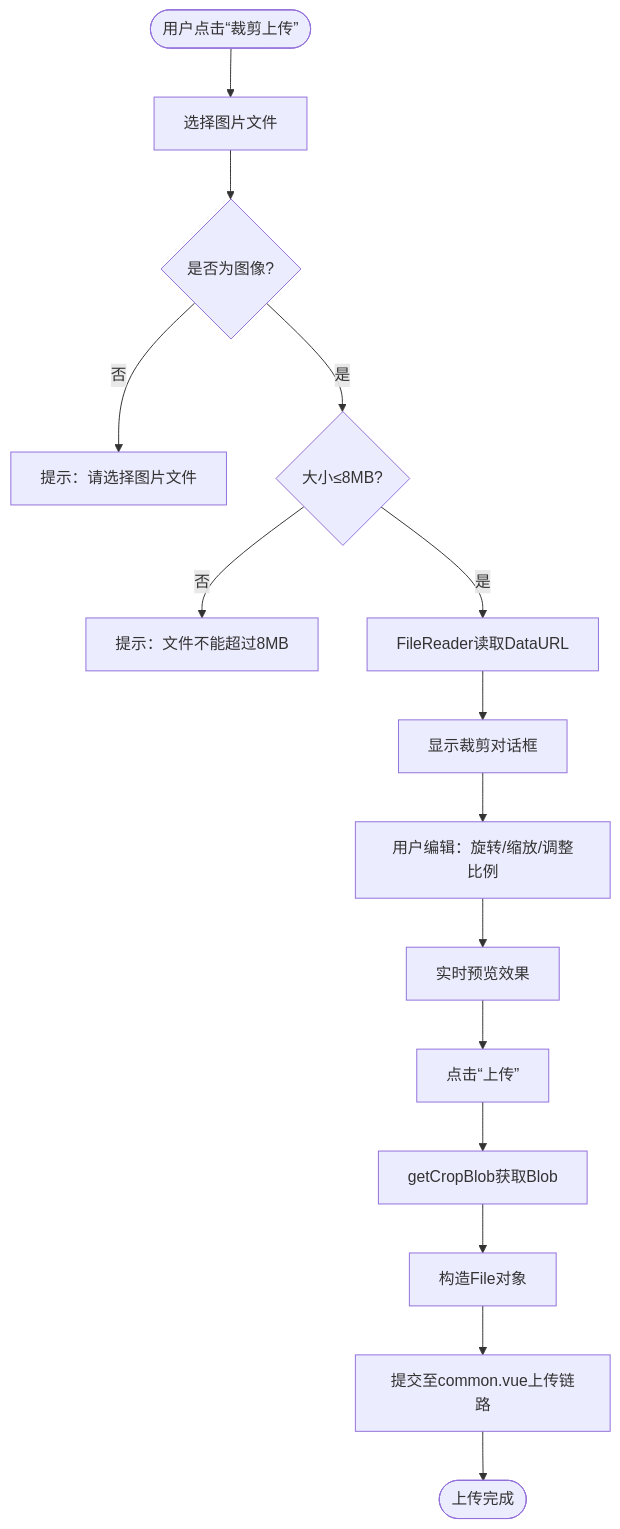
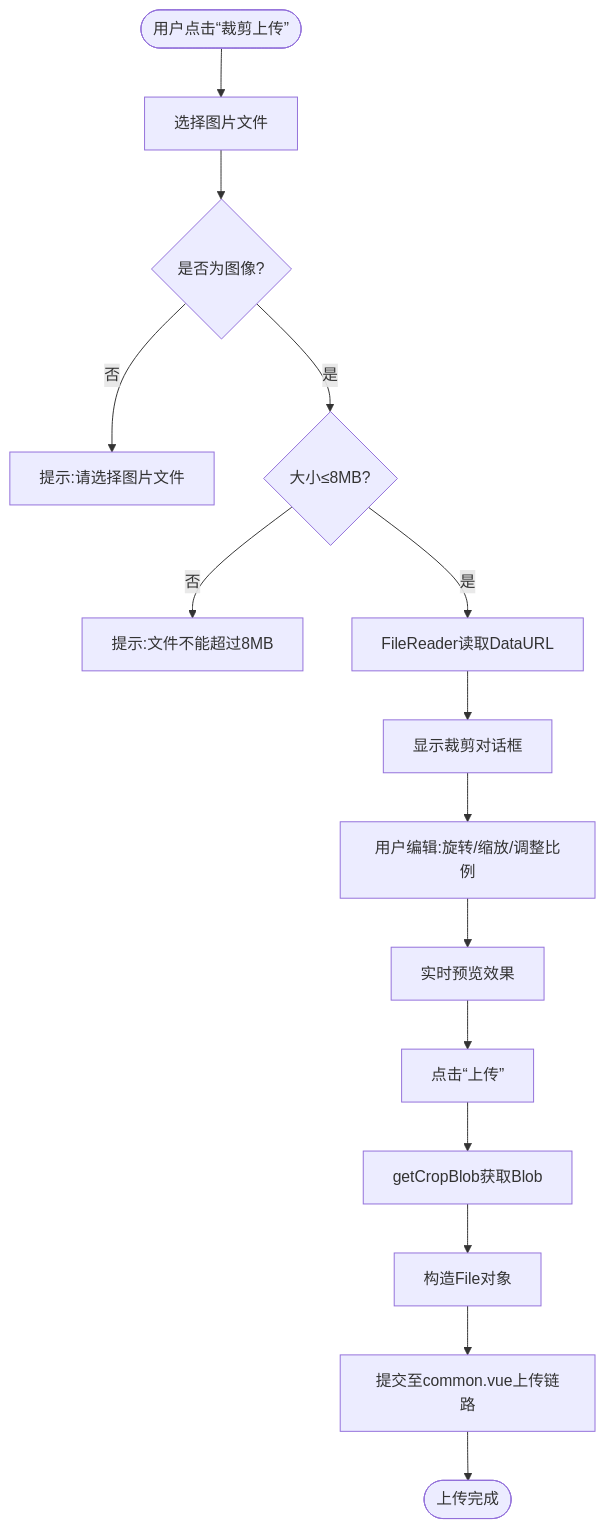
The third of 6 diagrams in .qoder/repowiki/zh/content/前端架构/组件体系/基础组件/文件上传组件 (upload)/图片裁剪上传组件 (cropper.vue).md (lele0124/qqgva), drawn with Mermaid before and after one commit. The commit also changed other lines of this file and 353 other files, not shown here.

````diff
--- a/.qoder/repowiki/zh/content/前端架构/组件体系/基础组件/文件上传组件 (upload)/图片裁剪上传组件 (cropper.vue).md
+++ b/.qoder/repowiki/zh/content/前端架构/组件体系/基础组件/文件上传组件 (upload)/图片裁剪上传组件 (cropper.vue).md
@@ -117,17 +117,17 @@
 ```mermaid
 flowchart TD
 Start([用户点击“裁剪上传”]) --> Select["选择图片文件"]
 Select --> Validate{"是否为图像?"}
-Validate --> |否| Error1["提示：请选择图片文件"]
+Validate --> |否| Error1["提示:请选择图片文件"]
 Validate --> |是| SizeCheck{"大小≤8MB?"}
-SizeCheck --> |否| Error2["提示：文件不能超过8MB"]
+SizeCheck --> |否| Error2["提示:文件不能超过8MB"]
 SizeCheck --> |是| Read["FileReader读取DataURL"]
 Read --> ShowDialog["显示裁剪对话框"]
-ShowDialog --> Edit["用户编辑：旋转/缩放/调整比例"]
+ShowDialog --> Edit["用户编辑:旋转/缩放/调整比例"]
 Edit --> Preview["实时预览效果"]
 Preview --> Confirm["点击“上传”"]
 Confirm --> GetBlob["getCropBlob获取Blob"]
 GetBlob --> CreateFile["构造File对象"]
 CreateFile --> Submit["提交至common.vue上传链路"]
 Submit --> End([上传完成])
 ```
````
